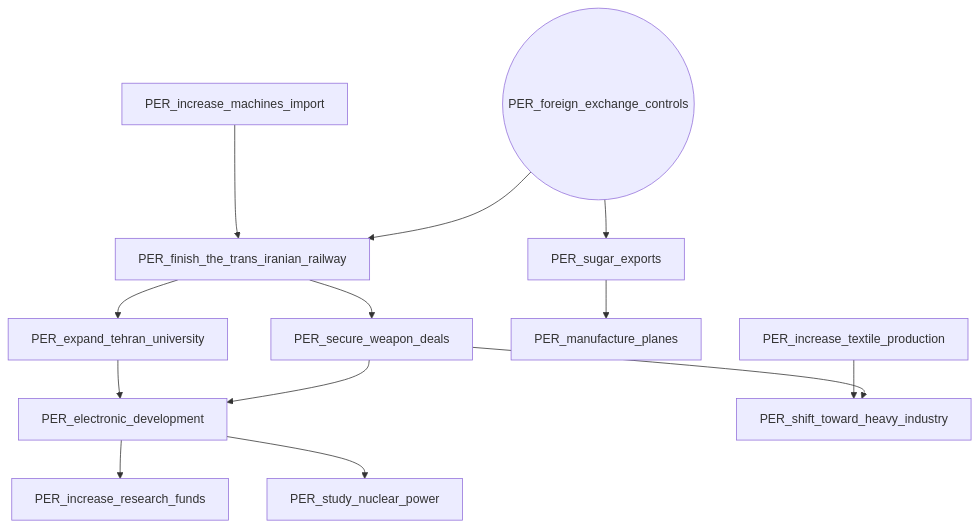
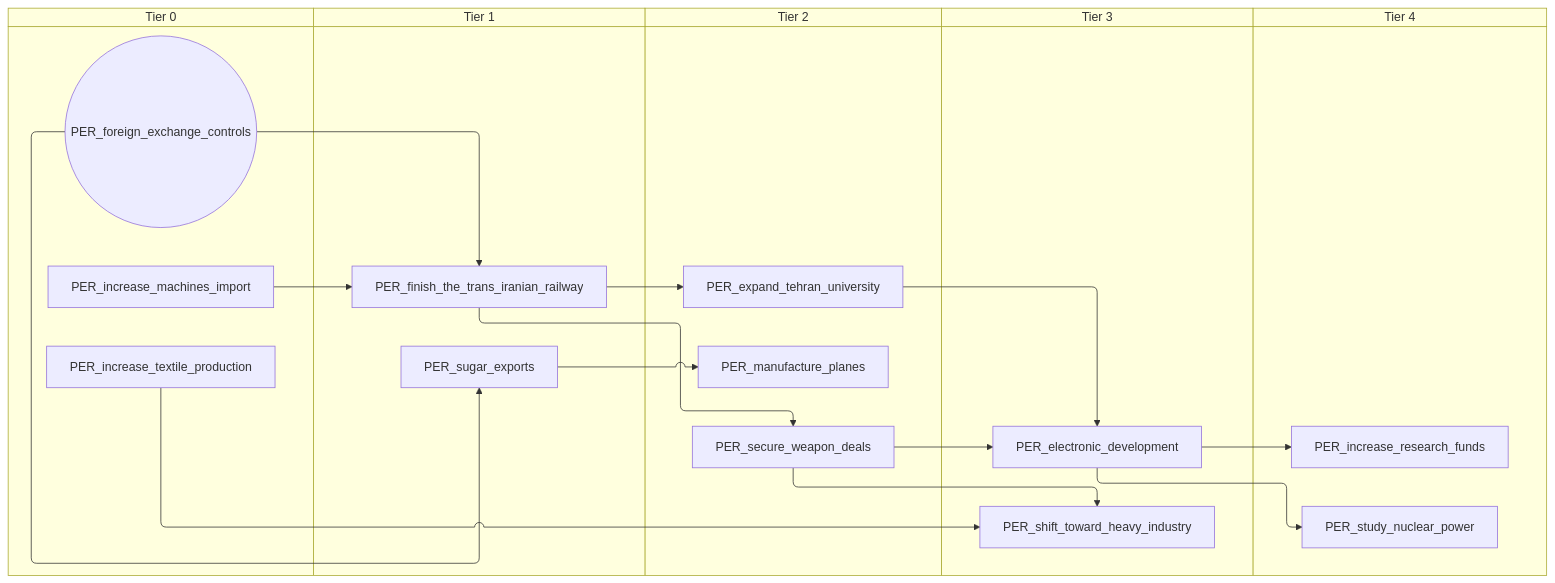
The sixth of 9 diagrams in docs/gdd/National Focuses/r56/r56_persia.md (evgeny-sobol/hoi4-sandbox-mode-r56), drawn with Mermaid before and after one commit. The commit also changed other lines of this file and 423 other files, not shown here.

First line of the commit message:
Re-export Rt56 focus trees as swimlane diagrams

````diff
--- a/docs/gdd/National Focuses/r56/r56_persia.md
+++ b/docs/gdd/National Focuses/r56/r56_persia.md
@@ -290,27 +350,37 @@
 ```mermaid
-flowchart TD
-    n74["PER_electronic_development"]
-    n75["PER_expand_tehran_university"]
-    n76["PER_finish_the_trans_iranian_railway"]
-    n77(("PER_foreign_exchange_controls"))
-    n78["PER_increase_machines_import"]
-    n79["PER_increase_research_funds"]
-    n80["PER_increase_textile_production"]
-    n81["PER_manufacture_planes"]
-    n82["PER_secure_weapon_deals"]
-    n83["PER_shift_toward_heavy_industry"]
-    n84["PER_study_nuclear_power"]
-    n85["PER_sugar_exports"]
-    n82 --> n74
-    n75 --> n74
-    n76 --> n75
-    n77 --> n76
-    n78 --> n76
-    n74 --> n79
-    n85 --> n81
-    n76 --> n82
-    n82 --> n83
-    n80 --> n83
-    n74 --> n84
-    n77 --> n85
+swimlane-beta TD
+    subgraph tier_0["Tier 0"]
+        n74(("PER_foreign_exchange_controls"))
+        n75["PER_increase_machines_import"]
+        n76["PER_increase_textile_production"]
+    end
+    subgraph tier_1["Tier 1"]
+        n77["PER_finish_the_trans_iranian_railway"]
+        n78["PER_sugar_exports"]
+    end
+    subgraph tier_2["Tier 2"]
+        n79["PER_expand_tehran_university"]
+        n80["PER_manufacture_planes"]
+        n81["PER_secure_weapon_deals"]
+    end
+    subgraph tier_3["Tier 3"]
+        n82["PER_electronic_development"]
+        n83["PER_shift_toward_heavy_industry"]
+    end
+    subgraph tier_4["Tier 4"]
+        n84["PER_increase_research_funds"]
+        n85["PER_study_nuclear_power"]
+    end
+    n81 --> n82
+    n79 --> n82
+    n77 --> n79
+    n74 --> n77
+    n75 --> n77
+    n82 --> n84
+    n78 --> n80
+    n77 --> n81
+    n81 --> n83
+    n76 --> n83
+    n82 --> n85
+    n74 --> n78
 ```
````
